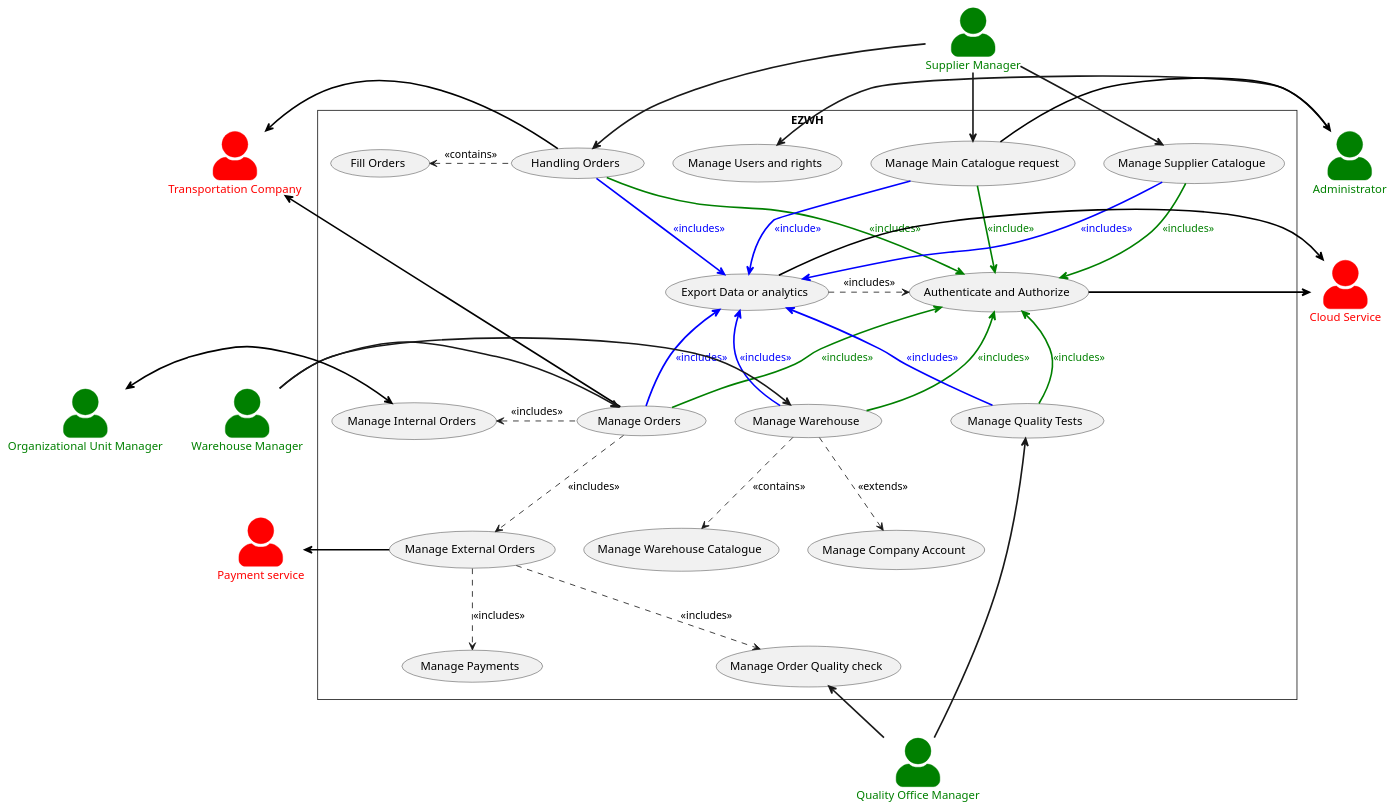
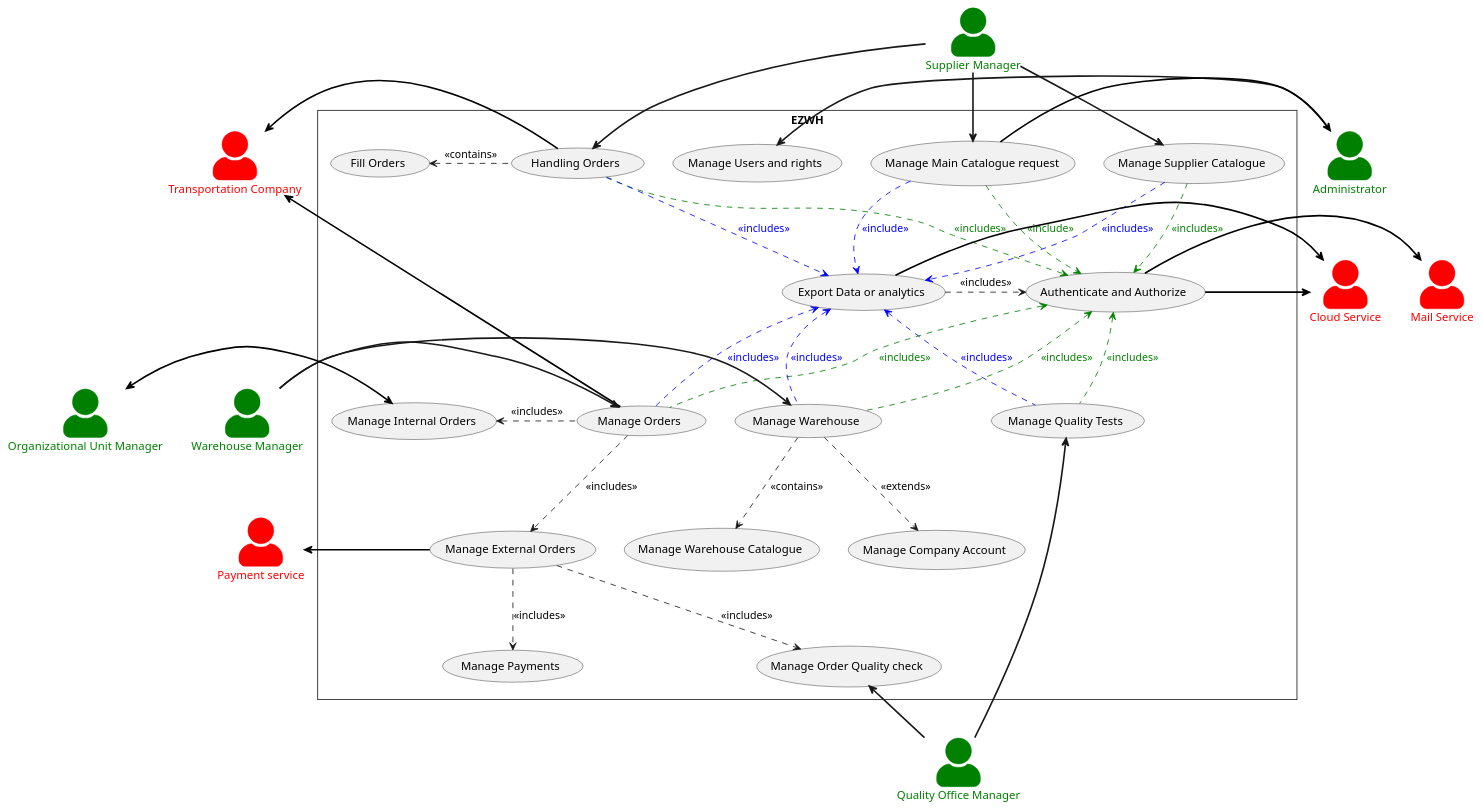
Before and after one commit to stefanodevenuto/ezwh: the second of 5 diagrams in RequirementsDocument.md, drawn with PlantUML. The commit also changed other lines of this file, not shown here.

Commit message:
Minor fix on Use Case Diagram

```diff
--- a/RequirementsDocument.md
+++ b/RequirementsDocument.md
@@ -249,6 +249,7 @@
 actor "Payment service" as PaymentService #Red;line:red;text:red
 actor "Cloud Service" as CloudService  #Red;line:red;text:red
 actor "Transportation Company" as TransportationCompany  #Red;line:red;text:red
+actor "Mail Service" as MailService  #Red;line:red;text:red
 
 'Use cases
 
@@ -272,19 +273,19 @@
    
   'Actions
   ExportDataAndAnalytics .right.>AuthenticateAndAuthorize: <<includes>> 
-  AuthenticateAndAuthorize <.down. ManageWarehouse #Green;line.bold;line.bold;text:green : <<includes>> 
-  AuthenticateAndAuthorize <.down. ManageOrders #Green;line.bold;text:green : <<includes>>
-  AuthenticateAndAuthorize <.up. ManageMainCatalogueRequest #Green;line.bold;text:green : <<include>>
-  AuthenticateAndAuthorize <.up. HandlingOrders #Green;line.bold;text:green : <<includes>>
-  AuthenticateAndAuthorize <.down. ManageQualityTests #Green;line.bold;text:green : <<includes>>
-  AuthenticateAndAuthorize <.up. ManageSupplierCatalogue #Green;line.bold;text:green : <<includes>>
+  AuthenticateAndAuthorize <.down. ManageWarehouse #Green;text:green : <<includes>> 
+  AuthenticateAndAuthorize <.down. ManageOrders #Green;text:green : <<includes>>
+  AuthenticateAndAuthorize <.up. ManageMainCatalogueRequest #Green;text:green : <<include>>
+  AuthenticateAndAuthorize <.up. HandlingOrders #Green;text:green : <<includes>>
+  AuthenticateAndAuthorize <.down. ManageQualityTests #Green;text:green : <<includes>>
+  AuthenticateAndAuthorize <.up. ManageSupplierCatalogue #Green;text:green : <<includes>>
 
-  ExportDataAndAnalytics <.up. HandlingOrders #Blue;line.bold;text:blue : <<includes>>
-  ExportDataAndAnalytics <.down. ManageOrders #Blue;line.bold;text:blue : <<includes>>
-  ExportDataAndAnalytics <.down. ManageWarehouse #Blue;line.bold;text:blue : <<includes>>
-  ExportDataAndAnalytics <.up. ManageMainCatalogueRequest #Blue;line.bold;text:blue : <<include>>
-  ExportDataAndAnalytics <.down. ManageQualityTests #Blue;line.bold;text:blue : <<includes>>
-  ExportDataAndAnalytics <.up. ManageSupplierCatalogue #Blue;line.bold;text:blue : <<includes>>
+  ExportDataAndAnalytics <.up. HandlingOrders #Blue;text:blue : <<includes>>
+  ExportDataAndAnalytics <.down. ManageOrders #Blue;text:blue : <<includes>>
+  ExportDataAndAnalytics <.down. ManageWarehouse #Blue;text:blue : <<includes>>
+  ExportDataAndAnalytics <.up. ManageMainCatalogueRequest #Blue;text:blue : <<include>>
+  ExportDataAndAnalytics <.down. ManageQualityTests #Blue;text:blue : <<includes>>
+  ExportDataAndAnalytics <.up. ManageSupplierCatalogue #Blue;text:blue : <<includes>>
   
   ManageOrders .left.> ManageInternalOrders : <<includes>>
   ManageExternalOrders  <.up. ManageOrders : <<includes>>
@@ -300,7 +301,7 @@
 
 Administrator -right-> ManageUsersAndRights #line.bold
 Administrator <-right- ManageMainCatalogueRequest #black;line.bold
-TransportationCompany <-left- HandlingOrders  #black;line.bold
+TransportationCompany <-right- HandlingOrders  #black;line.bold
 ManageOrders -left-> TransportationCompany #Black;line.bold
 ManageExternalOrders -left-> PaymentService #black;line.bold
 
@@ -310,6 +311,7 @@
 
 CloudService <-right- ExportDataAndAnalytics #black;line.bold
 CloudService <-right- AuthenticateAndAuthorize #black;line.bold
+MailService <-right- AuthenticateAndAuthorize #black;line.bold
 ManageOrders <-left- WarehouseManager  #line.bold
 ManageWarehouse <-left- WarehouseManager  #line.bold
 
```
